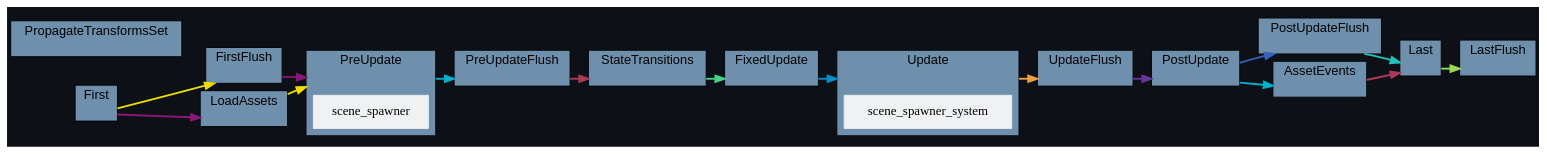
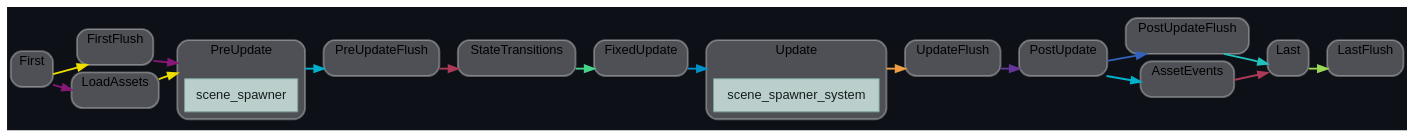
The diagram in docs/schedule/by-crate/dark/schedule_Main_bevy_scene.dot (jakobhellermann/bevy_mod_debugdump), drawn with Graphviz before and after one commit. The commit also changed 97 other files, not shown here.

```diff
--- a/docs/schedule/by-crate/dark/schedule_Main_bevy_scene.dot
+++ b/docs/schedule/by-crate/dark/schedule_Main_bevy_scene.dot
@@ -1,146 +1,167 @@
 digraph "" {
 	"compound"="true";
 	"splines"="spline";
 	"rankdir"="LR";
 	"bgcolor"="#0d1117";
 	"fontname"="Helvetica";
+	"nodesep"="0.15";
 	edge ["penwidth"="2"];
-	node ["shape"="box", "style"="filled", "fillcolor"="#eff1f3", "color"="#eff1f3"];
+	node ["shape"="box", "style"="filled"];
 	subgraph "clusternode_Set(0)" {
+		"style"="rounded,filled";
 		"label"="Update";
 		"tooltip"="Update";
-		"bgcolor"="#6f90ad";
-		"color"="black";
+		"fillcolor"="#ffffff44";
+		"color"="#ffffff50";
+		"penwidth"="2";
 		"set_marker_node_Set(0)" ["style"="invis", "label"="", "height"="0", "shape"="point"]
-		"node_System(55)" ["label"="scene_spawner_system", "tooltip"="bevy_scene::scene_spawner::scene_spawner_system"]
+		"node_System(55)" ["label"="scene_spawner_system", "tooltip"="bevy_scene::scene_spawner::scene_spawner_system", "fillcolor"="#bacfcb", "fontname"="Helvetica", "fontcolor"="#141e1c", "color"="#7da59d", "penwidth"="1"]
 	}
 	
 	subgraph "clusternode_Set(2)" {
+		"style"="rounded,filled";
 		"label"="FirstFlush";
 		"tooltip"="FirstFlush";
-		"bgcolor"="#6f90ad";
-		"color"="black";
+		"fillcolor"="#ffffff44";
+		"color"="#ffffff50";
+		"penwidth"="2";
 		"set_marker_node_Set(2)" ["style"="invis", "label"="", "height"="0", "shape"="point"]
 	}
 	
 	subgraph "clusternode_Set(3)" {
+		"style"="rounded,filled";
 		"label"="PreUpdateFlush";
 		"tooltip"="PreUpdateFlush";
-		"bgcolor"="#6f90ad";
-		"color"="black";
+		"fillcolor"="#ffffff44";
+		"color"="#ffffff50";
+		"penwidth"="2";
 		"set_marker_node_Set(3)" ["style"="invis", "label"="", "height"="0", "shape"="point"]
 	}
 	
 	subgraph "clusternode_Set(4)" {
+		"style"="rounded,filled";
 		"label"="UpdateFlush";
 		"tooltip"="UpdateFlush";
-		"bgcolor"="#6f90ad";
-		"color"="black";
+		"fillcolor"="#ffffff44";
+		"color"="#ffffff50";
+		"penwidth"="2";
 		"set_marker_node_Set(4)" ["style"="invis", "label"="", "height"="0", "shape"="point"]
 	}
 	
 	subgraph "clusternode_Set(5)" {
+		"style"="rounded,filled";
 		"label"="PostUpdateFlush";
 		"tooltip"="PostUpdateFlush";
-		"bgcolor"="#6f90ad";
-		"color"="black";
+		"fillcolor"="#ffffff44";
+		"color"="#ffffff50";
+		"penwidth"="2";
 		"set_marker_node_Set(5)" ["style"="invis", "label"="", "height"="0", "shape"="point"]
 	}
 	
 	subgraph "clusternode_Set(6)" {
+		"style"="rounded,filled";
 		"label"="LastFlush";
 		"tooltip"="LastFlush";
-		"bgcolor"="#6f90ad";
-		"color"="black";
+		"fillcolor"="#ffffff44";
+		"color"="#ffffff50";
+		"penwidth"="2";
 		"set_marker_node_Set(6)" ["style"="invis", "label"="", "height"="0", "shape"="point"]
 	}
 	
 	subgraph "clusternode_Set(7)" {
+		"style"="rounded,filled";
 		"label"="First";
 		"tooltip"="First";
-		"bgcolor"="#6f90ad";
-		"color"="black";
+		"fillcolor"="#ffffff44";
+		"color"="#ffffff50";
+		"penwidth"="2";
 		"set_marker_node_Set(7)" ["style"="invis", "label"="", "height"="0", "shape"="point"]
 	}
 	
 	subgraph "clusternode_Set(8)" {
+		"style"="rounded,filled";
 		"label"="PreUpdate";
 		"tooltip"="PreUpdate";
-		"bgcolor"="#6f90ad";
-		"color"="black";
+		"fillcolor"="#ffffff44";
+		"color"="#ffffff50";
+		"penwidth"="2";
 		"set_marker_node_Set(8)" ["style"="invis", "label"="", "height"="0", "shape"="point"]
-		"node_System(56)" ["label"="scene_spawner", "tooltip"="bevy_scene::bundle::scene_spawner"]
+		"node_System(56)" ["label"="scene_spawner", "tooltip"="bevy_scene::bundle::scene_spawner", "fillcolor"="#bacfcb", "fontname"="Helvetica", "fontcolor"="#141e1c", "color"="#7da59d", "penwidth"="1"]
 	}
 	
 	subgraph "clusternode_Set(9)" {
+		"style"="rounded,filled";
 		"label"="StateTransitions";
 		"tooltip"="StateTransitions";
-		"bgcolor"="#6f90ad";
-		"color"="black";
+		"fillcolor"="#ffffff44";
+		"color"="#ffffff50";
+		"penwidth"="2";
 		"set_marker_node_Set(9)" ["style"="invis", "label"="", "height"="0", "shape"="point"]
 	}
 	
 	subgraph "clusternode_Set(10)" {
+		"style"="rounded,filled";
 		"label"="FixedUpdate";
 		"tooltip"="FixedUpdate";
-		"bgcolor"="#6f90ad";
-		"color"="black";
+		"fillcolor"="#ffffff44";
+		"color"="#ffffff50";
+		"penwidth"="2";
 		"set_marker_node_Set(10)" ["style"="invis", "label"="", "height"="0", "shape"="point"]
 	}
 	
 	subgraph "clusternode_Set(11)" {
+		"style"="rounded,filled";
 		"label"="PostUpdate";
 		"tooltip"="PostUpdate";
-		"bgcolor"="#6f90ad";
-		"color"="black";
+		"fillcolor"="#ffffff44";
+		"color"="#ffffff50";
+		"penwidth"="2";
 		"set_marker_node_Set(11)" ["style"="invis", "label"="", "height"="0", "shape"="point"]
 	}
 	
 	subgraph "clusternode_Set(12)" {
+		"style"="rounded,filled";
 		"label"="Last";
 		"tooltip"="Last";
-		"bgcolor"="#6f90ad";
-		"color"="black";
+		"fillcolor"="#ffffff44";
+		"color"="#ffffff50";
+		"penwidth"="2";
 		"set_marker_node_Set(12)" ["style"="invis", "label"="", "height"="0", "shape"="point"]
 	}
 	
-	subgraph "clusternode_Set(22)" {
-		"label"="PropagateTransformsSet";
-		"tooltip"="PropagateTransformsSet";
-		"bgcolor"="#6f90ad";
-		"color"="black";
-		"set_marker_node_Set(22)" ["style"="invis", "label"="", "height"="0", "shape"="point"]
-	}
-	
 	subgraph "clusternode_Set(59)" {
+		"style"="rounded,filled";
 		"label"="LoadAssets";
 		"tooltip"="LoadAssets";
-		"bgcolor"="#6f90ad";
-		"color"="black";
+		"fillcolor"="#ffffff44";
+		"color"="#ffffff50";
+		"penwidth"="2";
 		"set_marker_node_Set(59)" ["style"="invis", "label"="", "height"="0", "shape"="point"]
 	}
 	
 	subgraph "clusternode_Set(60)" {
+		"style"="rounded,filled";
 		"label"="AssetEvents";
 		"tooltip"="AssetEvents";
-		"bgcolor"="#6f90ad";
-		"color"="black";
+		"fillcolor"="#ffffff44";
+		"color"="#ffffff50";
+		"penwidth"="2";
 		"set_marker_node_Set(60)" ["style"="invis", "label"="", "height"="0", "shape"="point"]
 	}
 	
 	"set_marker_node_Set(7)" -> "set_marker_node_Set(2)" ["lhead"="clusternode_Set(2)", "ltail"="clusternode_Set(7)", "tooltip"="First → FirstFlush", "color"="#eede00"]
 	"set_marker_node_Set(2)" -> "set_marker_node_Set(8)" ["lhead"="clusternode_Set(8)", "ltail"="clusternode_Set(2)", "tooltip"="FirstFlush → PreUpdate", "color"="#881877"]
 	"set_marker_node_Set(8)" -> "set_marker_node_Set(3)" ["lhead"="clusternode_Set(3)", "ltail"="clusternode_Set(8)", "tooltip"="PreUpdate → PreUpdateFlush", "color"="#00b0cc"]
 	"set_marker_node_Set(3)" -> "set_marker_node_Set(9)" ["lhead"="clusternode_Set(9)", "ltail"="clusternode_Set(3)", "tooltip"="PreUpdateFlush → StateTransitions", "color"="#aa3a55"]
 	"set_marker_node_Set(9)" -> "set_marker_node_Set(10)" ["lhead"="clusternode_Set(10)", "ltail"="clusternode_Set(9)", "tooltip"="StateTransitions → FixedUpdate", "color"="#44d488"]
 	"set_marker_node_Set(10)" -> "set_marker_node_Set(0)" ["lhead"="clusternode_Set(0)", "ltail"="clusternode_Set(10)", "tooltip"="FixedUpdate → Update", "color"="#0090cc"]
 	"set_marker_node_Set(0)" -> "set_marker_node_Set(4)" ["lhead"="clusternode_Set(4)", "ltail"="clusternode_Set(0)", "tooltip"="Update → UpdateFlush", "color"="#ee9e44"]
 	"set_marker_node_Set(4)" -> "set_marker_node_Set(11)" ["lhead"="clusternode_Set(11)", "ltail"="clusternode_Set(4)", "tooltip"="UpdateFlush → PostUpdate", "color"="#663699"]
 	"set_marker_node_Set(11)" -> "set_marker_node_Set(5)" ["lhead"="clusternode_Set(5)", "ltail"="clusternode_Set(11)", "tooltip"="PostUpdate → PostUpdateFlush", "color"="#3363bb"]
 	"set_marker_node_Set(5)" -> "set_marker_node_Set(12)" ["lhead"="clusternode_Set(12)", "ltail"="clusternode_Set(5)", "tooltip"="PostUpdateFlush → Last", "color"="#22c2bb"]
 	"set_marker_node_Set(12)" -> "set_marker_node_Set(6)" ["lhead"="clusternode_Set(6)", "ltail"="clusternode_Set(12)", "tooltip"="Last → LastFlush", "color"="#99d955"]
 	"set_marker_node_Set(59)" -> "set_marker_node_Set(8)" ["lhead"="clusternode_Set(8)", "ltail"="clusternode_Set(59)", "tooltip"="LoadAssets → PreUpdate", "color"="#eede00"]
 	"set_marker_node_Set(7)" -> "set_marker_node_Set(59)" ["lhead"="clusternode_Set(59)", "ltail"="clusternode_Set(7)", "tooltip"="First → LoadAssets", "color"="#881877"]
 	"set_marker_node_Set(11)" -> "set_marker_node_Set(60)" ["lhead"="clusternode_Set(60)", "ltail"="clusternode_Set(11)", "tooltip"="PostUpdate → AssetEvents", "color"="#00b0cc"]
 	"set_marker_node_Set(60)" -> "set_marker_node_Set(12)" ["lhead"="clusternode_Set(12)", "ltail"="clusternode_Set(60)", "tooltip"="AssetEvents → Last", "color"="#aa3a55"]
 }
```
